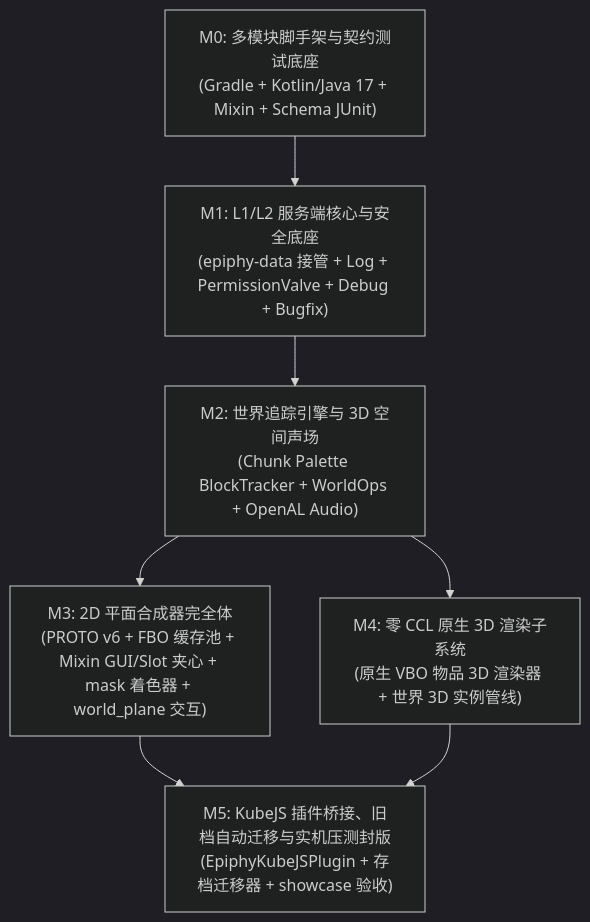
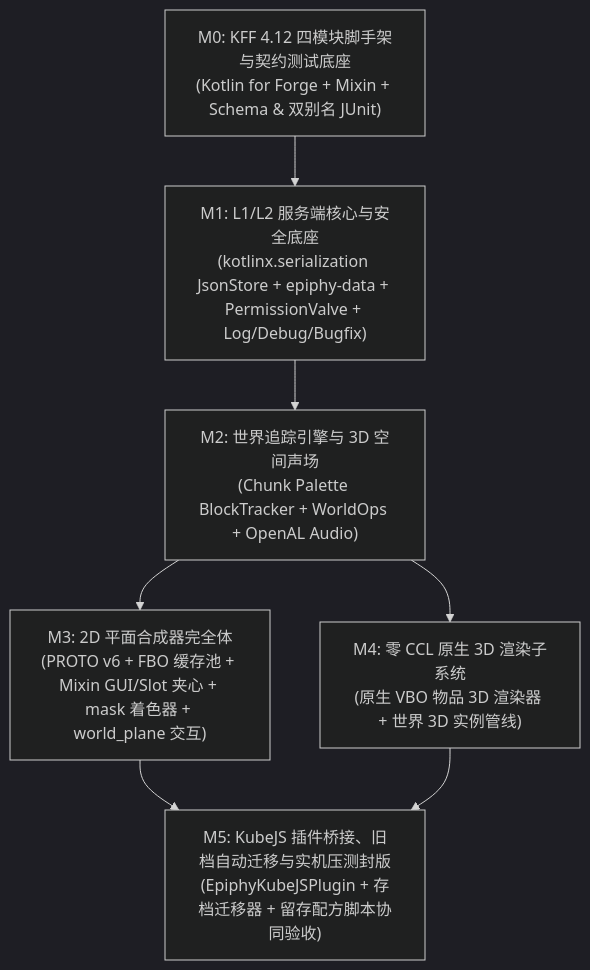
One commit to TIR-System/Epiphy-Components changed the diagram in docs/native-mod-migration-plan.md. Above: the diagram before and after it, drawn with Mermaid (dark theme). The commit also changed other lines of this file and 2 other files, not shown here.

First line of the commit message:
docs (roadmap) 校准 Kotlin for Forge 4.12 模板、非移植边界与双官方别名规范 | Align KFF 4.12 template, KubeJS recipe boundary, and 2-official-alias policy

````diff
--- a/docs/native-mod-migration-plan.md
+++ b/docs/native-mod-migration-plan.md
@@ -126,10 +262,10 @@
 ```mermaid
 flowchart TD
-    M0["M0: 多模块脚手架与契约测试底座<br/>(Gradle + Kotlin/Java 17 + Mixin + Schema JUnit)"] --> M1
-    M1["M1: L1/L2 服务端核心与安全底座<br/>(epiphy-data 接管 + Log + PermissionValve + Debug + Bugfix)"] --> M2
+    M0["M0: KFF 4.12 四模块脚手架与契约测试底座<br/>(Kotlin for Forge + Mixin + Schema & 双别名 JUnit)"] --> M1
+    M1["M1: L1/L2 服务端核心与安全底座<br/>(kotlinx.serialization JsonStore + epiphy-data + PermissionValve + Log/Debug/Bugfix)"] --> M2
     M2["M2: 世界追踪引擎与 3D 空间声场<br/>(Chunk Palette BlockTracker + WorldOps + OpenAL Audio)"] --> M3
     M2 --> M4
     M3["M3: 2D 平面合成器完全体<br/>(PROTO v6 + FBO 缓存池 + Mixin GUI/Slot 夹心 + mask 着色器 + world_plane 交互)"] --> M5
     M4["M4: 零 CCL 原生 3D 渲染子系统<br/>(原生 VBO 物品 3D 渲染器 + 世界 3D 实例管线)"] --> M5
-    M5["M5: KubeJS 插件桥接、旧档自动迁移与实机压测封版<br/>(EpiphyKubeJSPlugin + 存档迁移器 + showcase 验收)"]
+    M5["M5: KubeJS 插件桥接、旧档自动迁移与实机压测封版<br/>(EpiphyKubeJSPlugin + 存档迁移器 + 留存配方脚本协同验收)"]
 ```
````
